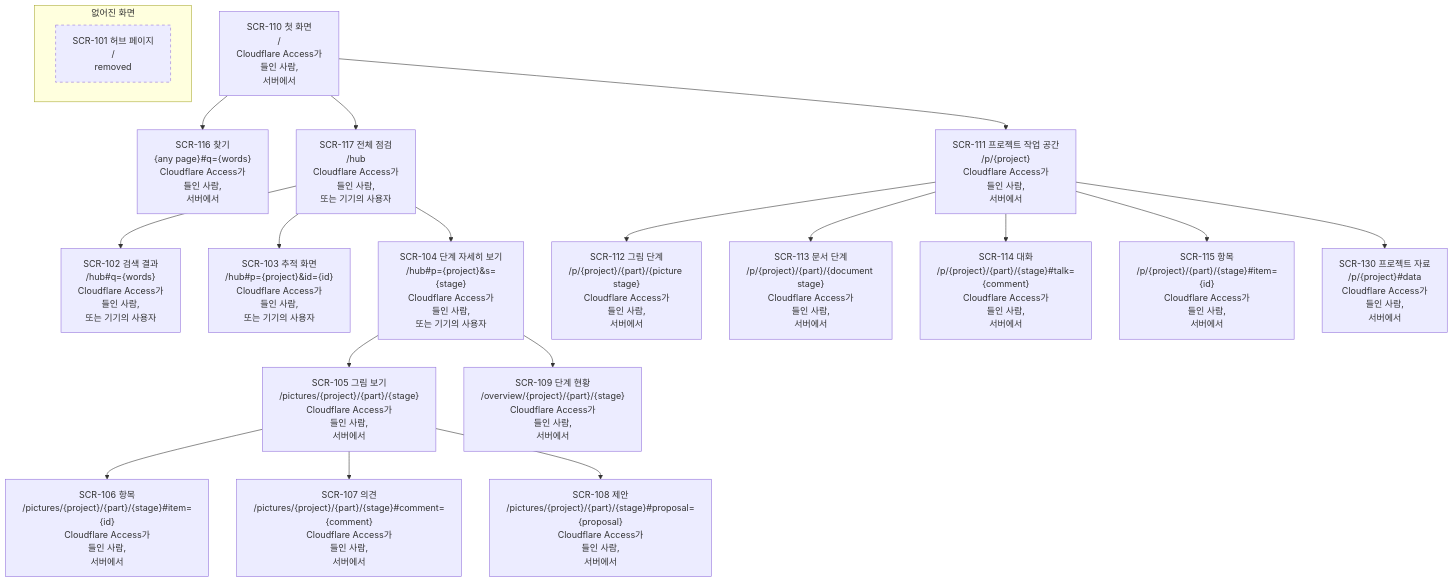
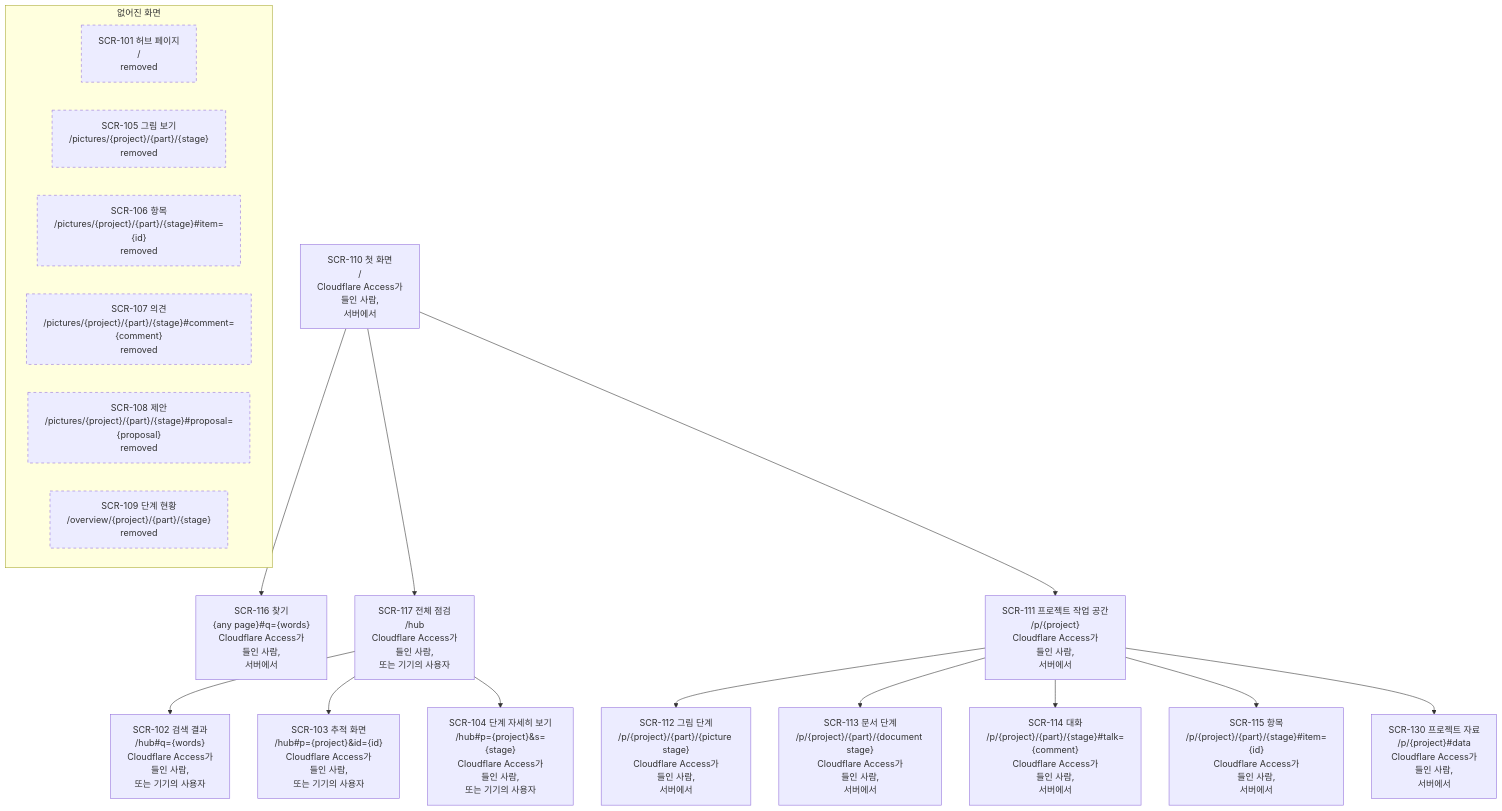
Before and after one commit to kodonghui/corthex-nexus: the diagram in docs/07-sitemap/nexus.ko.md, drawn with Mermaid. The commit also changed other lines of this file and 19 other files, not shown here.

First line of the commit message:
docs(nexus): remove 0.2's screens from the sitemap and name the redesign's in five flows (TASK-278)

````diff
--- a/docs/07-sitemap/nexus.ko.md
+++ b/docs/07-sitemap/nexus.ko.md
@@ -57,24 +57,24 @@
 ```mermaid
 flowchart TD
   SCR110["SCR-110 첫 화면<br/>/<br/>Cloudflare Access가<br/>들인 사람,<br/>서버에서"]
   SCR110 --> SCR116["SCR-116 찾기<br/>{any page}#q={words}<br/>Cloudflare Access가<br/>들인 사람,<br/>서버에서"]
   SCR110 --> SCR117["SCR-117 전체 점검<br/>/hub<br/>Cloudflare Access가<br/>들인 사람,<br/>또는 기기의 사용자"]
   SCR117 --> SCR102["SCR-102 검색 결과<br/>/hub#q={words}<br/>Cloudflare Access가<br/>들인 사람,<br/>또는 기기의 사용자"]
   SCR117 --> SCR103["SCR-103 추적 화면<br/>/hub#p={project}&id={id}<br/>Cloudflare Access가<br/>들인 사람,<br/>또는 기기의 사용자"]
   SCR117 --> SCR104["SCR-104 단계 자세히 보기<br/>/hub#p={project}&s={stage}<br/>Cloudflare Access가<br/>들인 사람,<br/>또는 기기의 사용자"]
-  SCR104 --> SCR105["SCR-105 그림 보기<br/>/pictures/{project}/{part}/{stage}<br/>Cloudflare Access가<br/>들인 사람,<br/>서버에서"]
-  SCR105 --> SCR106["SCR-106 항목<br/>/pictures/{project}/{part}/{stage}#item={id}<br/>Cloudflare Access가<br/>들인 사람,<br/>서버에서"]
-  SCR105 --> SCR107["SCR-107 의견<br/>/pictures/{project}/{part}/{stage}#comment={comment}<br/>Cloudflare Access가<br/>들인 사람,<br/>서버에서"]
-  SCR105 --> SCR108["SCR-108 제안<br/>/pictures/{project}/{part}/{stage}#proposal={proposal}<br/>Cloudflare Access가<br/>들인 사람,<br/>서버에서"]
-  SCR104 --> SCR109["SCR-109 단계 현황<br/>/overview/{project}/{part}/{stage}<br/>Cloudflare Access가<br/>들인 사람,<br/>서버에서"]
   SCR110 --> SCR111["SCR-111 프로젝트 작업 공간<br/>/p/{project}<br/>Cloudflare Access가<br/>들인 사람,<br/>서버에서"]
   SCR111 --> SCR112["SCR-112 그림 단계<br/>/p/{project}/{part}/{picture stage}<br/>Cloudflare Access가<br/>들인 사람,<br/>서버에서"]
   SCR111 --> SCR113["SCR-113 문서 단계<br/>/p/{project}/{part}/{document stage}<br/>Cloudflare Access가<br/>들인 사람,<br/>서버에서"]
   SCR111 --> SCR114["SCR-114 대화<br/>/p/{project}/{part}/{stage}#talk={comment}<br/>Cloudflare Access가<br/>들인 사람,<br/>서버에서"]
   SCR111 --> SCR115["SCR-115 항목<br/>/p/{project}/{part}/{stage}#item={id}<br/>Cloudflare Access가<br/>들인 사람,<br/>서버에서"]
   SCR111 --> SCR130["SCR-130 프로젝트 자료<br/>/p/{project}#data<br/>Cloudflare Access가<br/>들인 사람,<br/>서버에서"]
   subgraph gone["없어진 화면"]
     SCR101["SCR-101 허브 페이지<br/>/<br/>removed"]:::removed
+    SCR105["SCR-105 그림 보기<br/>/pictures/{project}/{part}/{stage}<br/>removed"]:::removed
+    SCR106["SCR-106 항목<br/>/pictures/{project}/{part}/{stage}#item={id}<br/>removed"]:::removed
+    SCR107["SCR-107 의견<br/>/pictures/{project}/{part}/{stage}#comment={comment}<br/>removed"]:::removed
+    SCR108["SCR-108 제안<br/>/pictures/{project}/{part}/{stage}#proposal={proposal}<br/>removed"]:::removed
+    SCR109["SCR-109 단계 현황<br/>/overview/{project}/{part}/{stage}<br/>removed"]:::removed
   end
   classDef removed stroke-dasharray: 5 5
 ```
````
